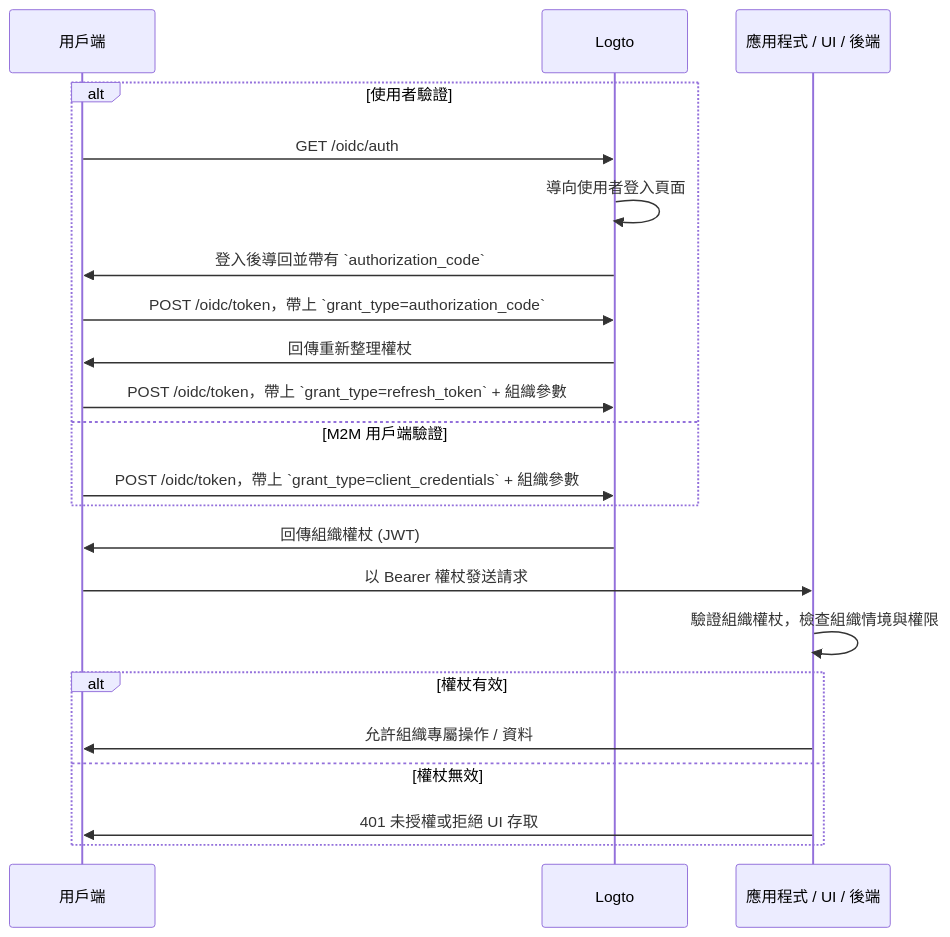
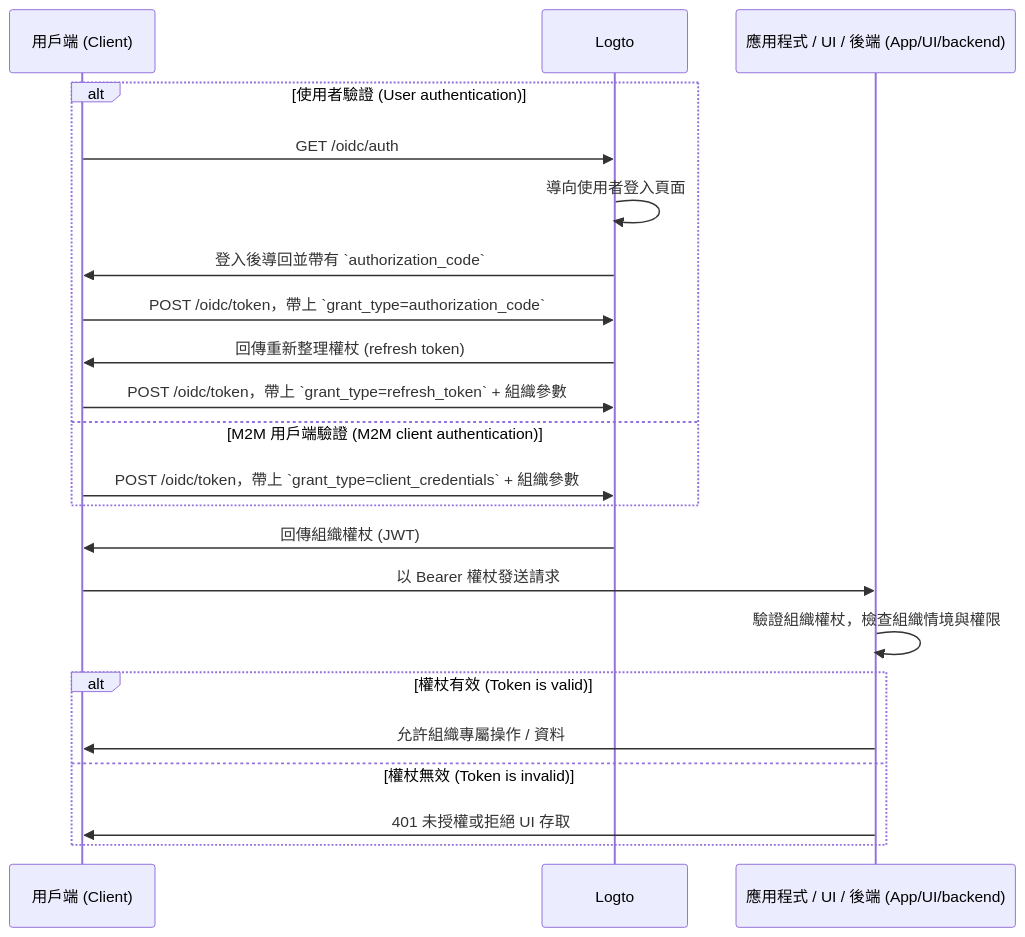
One commit to logto-io/docs changed the diagram in i18n/zh-TW/docusaurus-plugin-content-docs/current/authorization/organization-permissions.mdx. Above: the diagram before and after it, drawn with Mermaid. The commit also changed other lines of this file and 36 other files, not shown here.

````diff
--- a/i18n/zh-TW/docusaurus-plugin-content-docs/current/authorization/organization-permissions.mdx
+++ b/i18n/zh-TW/docusaurus-plugin-content-docs/current/authorization/organization-permissions.mdx
@@ -58,27 +59,27 @@
 ```mermaid
 sequenceDiagram
-    participant Client as 用戶端
+    participant Client as 用戶端 (Client)
     participant Logto as Logto
-    participant App as 應用程式 / UI / 後端
+    participant App as 應用程式 / UI / 後端 (App/UI/backend)
 
-    alt 使用者驗證
+    alt 使用者驗證 (User authentication)
         Client->>Logto: GET /oidc/auth
         Logto->>Logto: 導向使用者登入頁面
         Logto->>Client: 登入後導回並帶有 `authorization_code`
         Client->>Logto: POST /oidc/token，帶上 `grant_type=authorization_code`
-        Logto->>Client: 回傳重新整理權杖
+        Logto->>Client: 回傳重新整理權杖 (refresh token)
         Client->>Logto: POST /oidc/token，帶上 `grant_type=refresh_token` + 組織參數
-    else M2M 用戶端驗證
+    else M2M 用戶端驗證 (M2M client authentication)
         Client->>Logto: POST /oidc/token，帶上 `grant_type=client_credentials` + 組織參數
     end
 
     Logto->>Client: 回傳組織權杖 (JWT)
     Client->>App: 以 Bearer 權杖發送請求
     App->>App: 驗證組織權杖，檢查組織情境與權限
 
-    alt 權杖有效
+    alt 權杖有效 (Token is valid)
         App->>Client: 允許組織專屬操作 / 資料
-    else 權杖無效
+    else 權杖無效 (Token is invalid)
         App->>Client: 401 未授權或拒絕 UI 存取
     end
 ```
````
